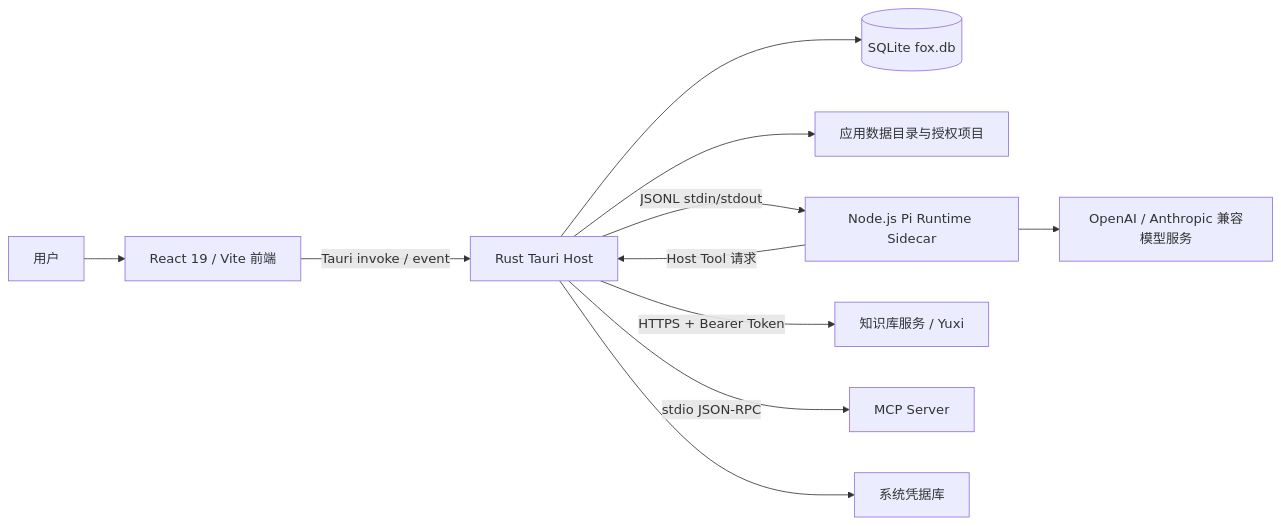
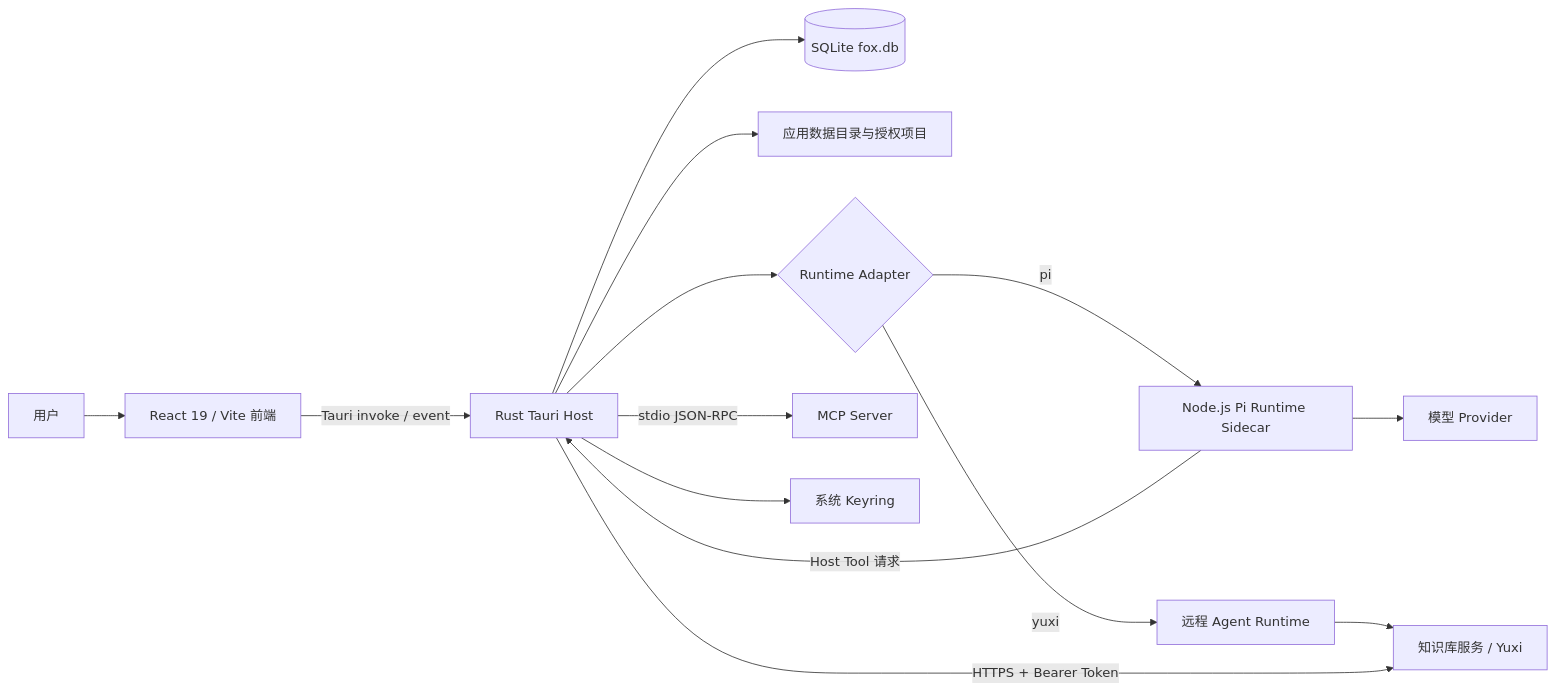
Before and after one commit to Hry1729/Fox-Agent: the first of 2 diagrams in docs/02-架构/总体架构.md, drawn with Mermaid. The commit also changed other lines of this file and 1702 other files, not shown here.

````diff
--- a/docs/02-架构/总体架构.md
+++ b/docs/02-架构/总体架构.md
@@ -14,13 +16,16 @@
 ```mermaid
 flowchart LR
     U["用户"] --> UI["React 19 / Vite 前端"]
     UI -->|"Tauri invoke / event"| HOST["Rust Tauri Host"]
     HOST --> DB[("SQLite fox.db")]
     HOST --> FS["应用数据目录与授权项目"]
-    HOST -->|"JSONL stdin/stdout"| PI["Node.js Pi Runtime Sidecar"]
-    PI --> MODEL["OpenAI / Anthropic 兼容模型服务"]
+    HOST --> ROUTER{"Runtime Adapter"}
+    ROUTER -->|"pi"| PI["Node.js Pi Runtime Sidecar"]
+    ROUTER -->|"yuxi"| YRUN["远程 Agent Runtime"]
+    PI --> MODEL["模型 Provider"]
     PI -->|"Host Tool 请求"| HOST
-    HOST -->|"HTTPS + Bearer Token"| KB["知识库服务 / Yuxi"]
+    YRUN --> KB["知识库服务 / Yuxi"]
+    HOST -->|"HTTPS + Bearer Token"| KB
     HOST -->|"stdio JSON-RPC"| MCP["MCP Server"]
-    HOST --> KEY["系统凭据库"]
+    HOST --> KEY["系统 Keyring"]
 ```
````
